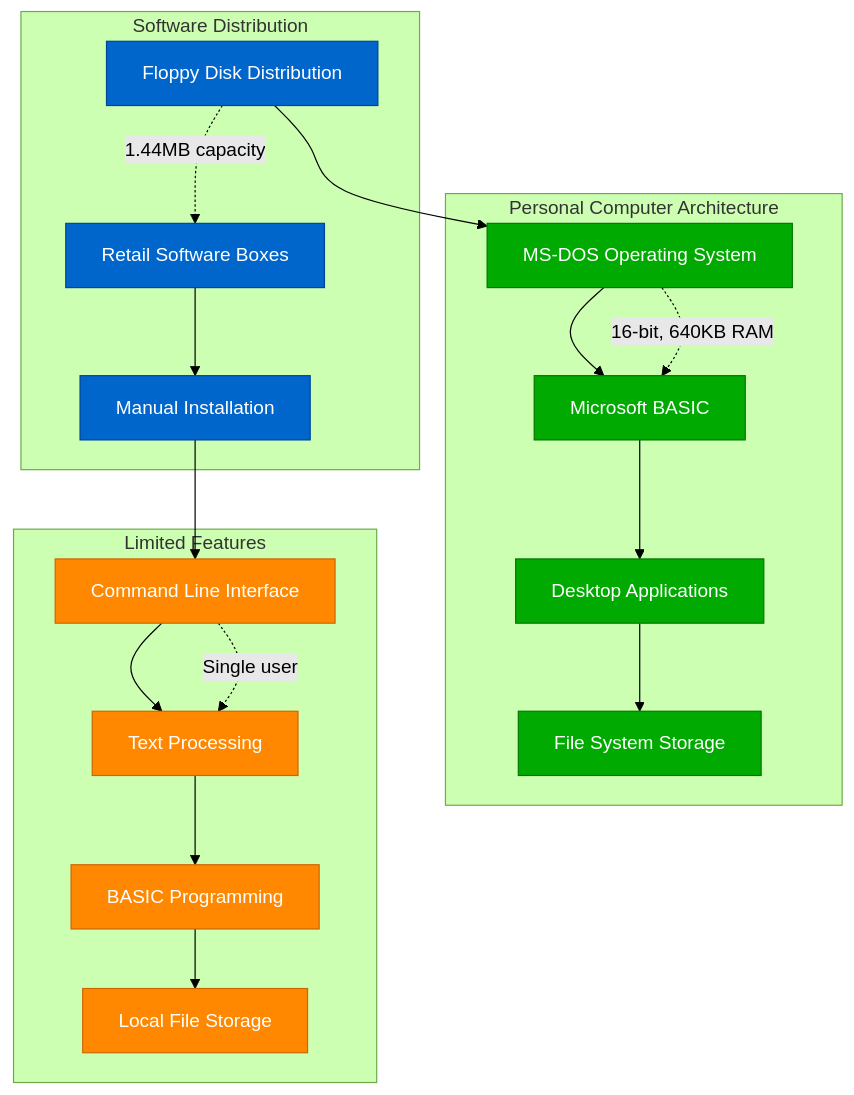
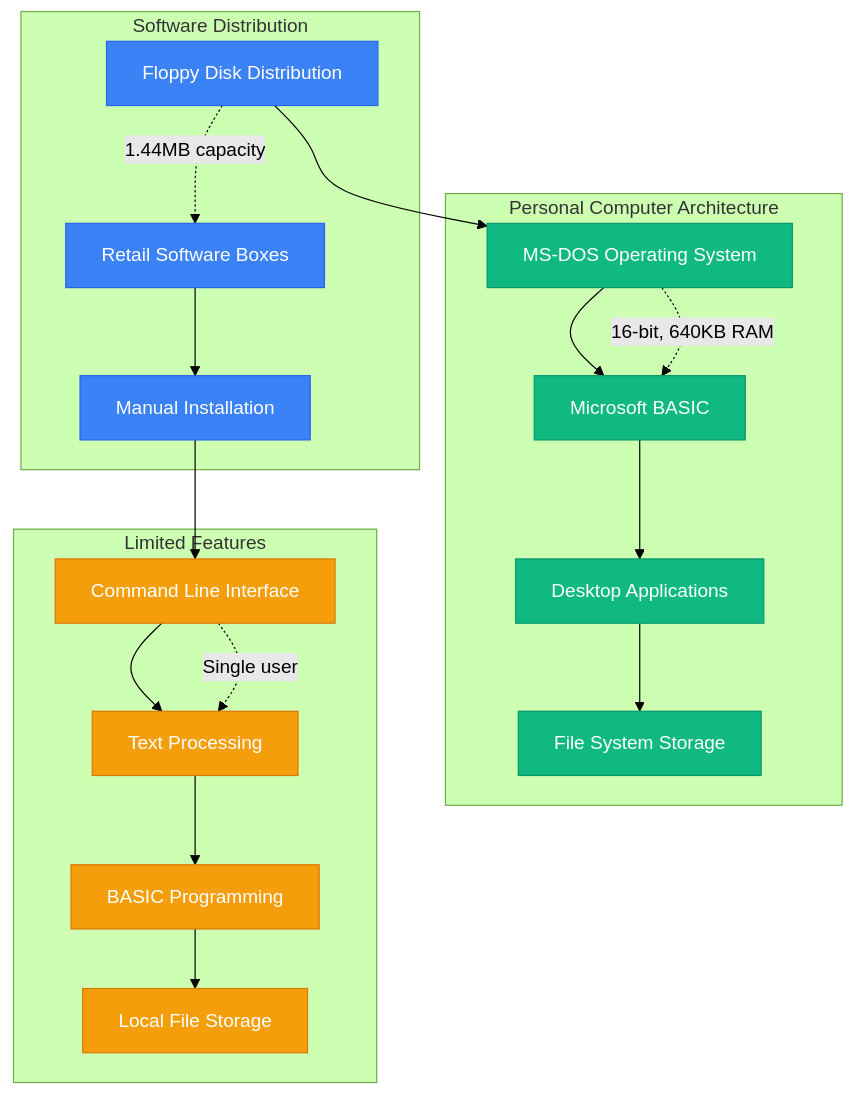
One commit to deepaucksharma/DS changed the second of 12 diagrams in site/docs/systems/microsoft/scale-evolution.md. Above: the diagram before and after it, drawn with Mermaid (forest theme). The commit also changed other lines of this file and 303 other files, not shown here.

````diff
--- a/site/docs/systems/microsoft/scale-evolution.md
+++ b/site/docs/systems/microsoft/scale-evolution.md
@@ -39,47 +39,47 @@
 ```mermaid
 graph TB
     subgraph PersonalComputer[Personal Computer Architecture]
         MSDOS[MS-DOS Operating System]
         BASIC[Microsoft BASIC]
         APPLICATIONS[Desktop Applications]
         FILE_SYSTEM[File System Storage]
     end
 
     subgraph Distribution[Software Distribution]
         FLOPPY_DISKS[Floppy Disk Distribution]
         RETAIL_BOXES[Retail Software Boxes]
         MANUAL_INSTALL[Manual Installation]
     end
 
     subgraph Features[Limited Features]
         COMMAND_LINE[Command Line Interface]
         TEXT_PROCESSING[Text Processing]
         BASIC_PROGRAMMING[BASIC Programming]
         LOCAL_FILES[Local File Storage]
     end
 
     MSDOS --> BASIC
     BASIC --> APPLICATIONS
     APPLICATIONS --> FILE_SYSTEM
 
     FLOPPY_DISKS --> MSDOS
     RETAIL_BOXES --> MANUAL_INSTALL
     MANUAL_INSTALL --> COMMAND_LINE
 
     COMMAND_LINE --> TEXT_PROCESSING
     TEXT_PROCESSING --> BASIC_PROGRAMMING
     BASIC_PROGRAMMING --> LOCAL_FILES
 
     %% Scale metrics
     MSDOS -.->|"16-bit, 640KB RAM"| BASIC
     FLOPPY_DISKS -.->|"1.44MB capacity"| RETAIL_BOXES
     COMMAND_LINE -.->|"Single user"| TEXT_PROCESSING
 
-    classDef systemStyle fill:#00AA00,stroke:#007700,color:#fff
-    classDef distributionStyle fill:#0066CC,stroke:#004499,color:#fff
-    classDef featureStyle fill:#FF8800,stroke:#CC6600,color:#fff
+    classDef systemStyle fill:#10B981,stroke:#059669,color:#fff
+    classDef distributionStyle fill:#3B82F6,stroke:#2563EB,color:#fff
+    classDef featureStyle fill:#F59E0B,stroke:#D97706,color:#fff
 
     class MSDOS,BASIC,APPLICATIONS,FILE_SYSTEM systemStyle
     class FLOPPY_DISKS,RETAIL_BOXES,MANUAL_INSTALL distributionStyle
     class COMMAND_LINE,TEXT_PROCESSING,BASIC_PROGRAMMING,LOCAL_FILES featureStyle
 ```
````
